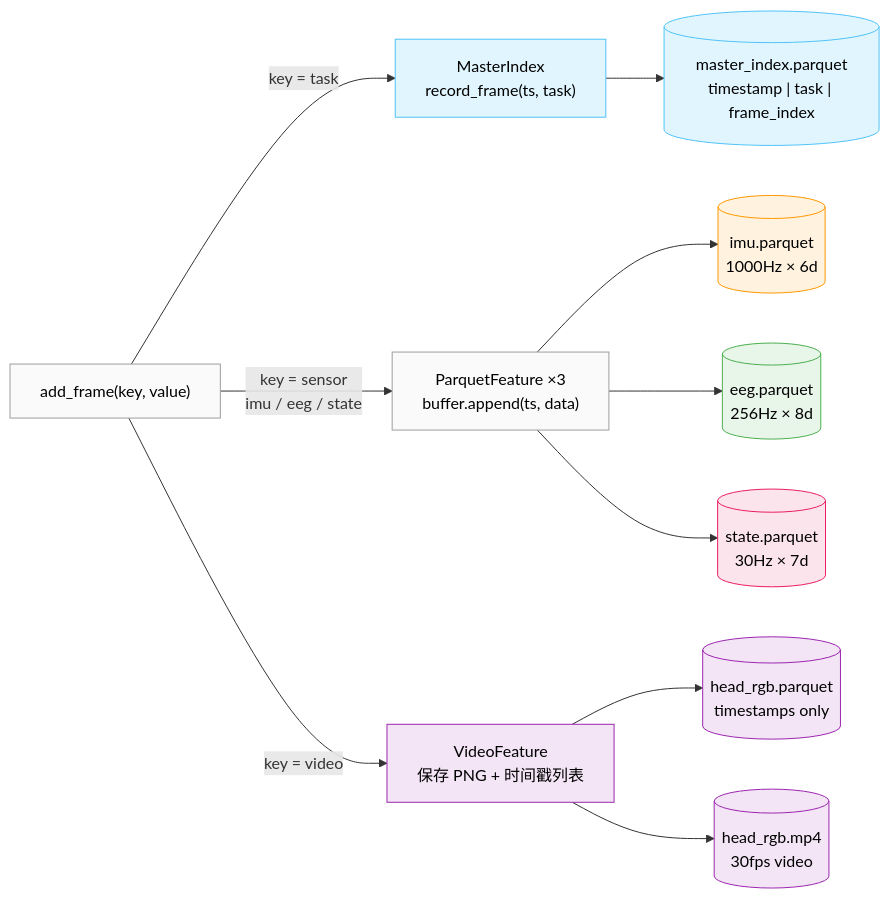
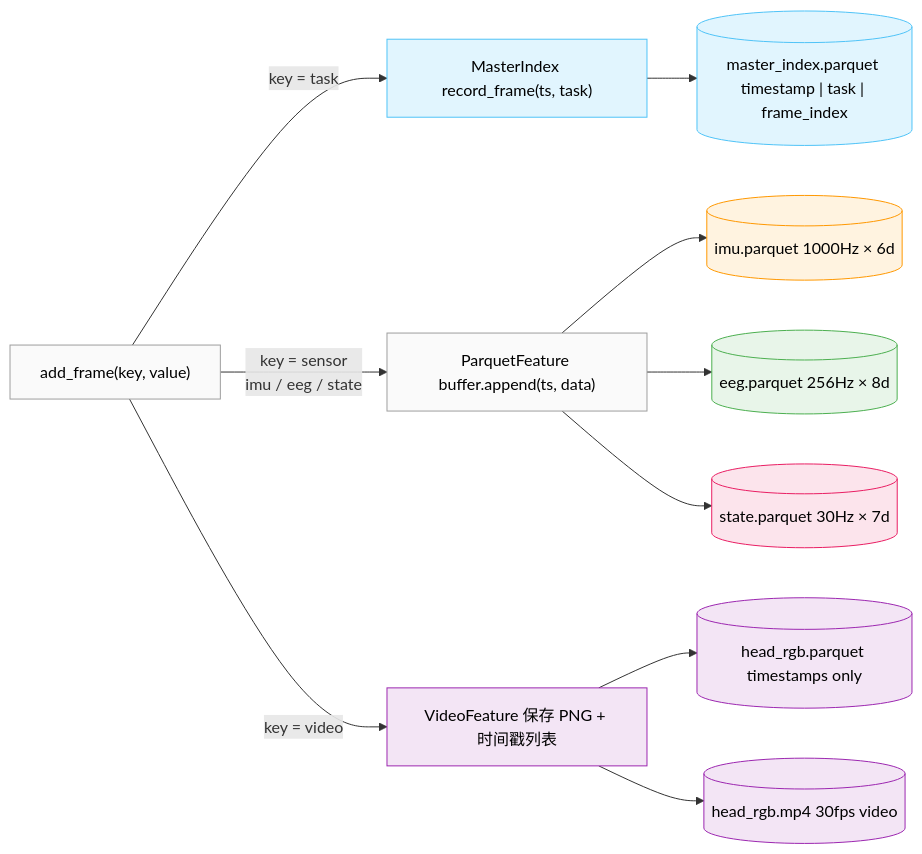
One commit to Koorye/Multi-Frequency-LeRobot changed the first of 6 diagrams in README.md. Above: the diagram before and after it, drawn with Mermaid.

````diff
--- a/README.md
+++ b/README.md
@@ -53,37 +53,37 @@
 ```mermaid
 flowchart LR
         direction TB
         AF["add_frame(key, value)"]
-        IX["MasterIndex<br/>record_frame(ts, task)"]
-        PF["ParquetFeature ×3<br/>buffer.append(ts, data)"]
-        VF["VideoFeature<br/>保存 PNG + 时间戳列表"]
+        IX["MasterIndex record_frame(ts, task)"]
+        PF["ParquetFeature buffer.append(ts, data)"]
+        VF["VideoFeature 保存 PNG + 时间戳列表"]
 
         direction TB
-        MI[("master_index.parquet<br/>timestamp | task | frame_index")]
-        P1[("imu.parquet<br/>1000Hz × 6d")]
-        P2[("eeg.parquet<br/>256Hz × 8d")]
-        P3[("state.parquet<br/>30Hz × 7d")]
-        C1[("head_rgb.parquet<br/>timestamps only")]
-        V1[("head_rgb.mp4<br/>30fps video")]
+        MI[("master_index.parquet timestamp | task | frame_index")]
+        P1[("imu.parquet 1000Hz × 6d")]
+        P2[("eeg.parquet 256Hz × 8d")]
+        P3[("state.parquet 30Hz × 7d")]
+        C1[("head_rgb.parquet timestamps only")]
+        V1[("head_rgb.mp4 30fps video")]
 
     AF -->|"key = task"| IX
     AF -->|"key = sensor<br/>imu / eeg / state"| PF
     AF -->|"key = video"| VF
     IX --> MI
     PF --> P1
     PF --> P2
     PF --> P3
     VF --> C1
     VF --> V1
 
     style AF fill:#fafafa,stroke:#9e9e9e,color:#000
     style IX fill:#e1f5fe,stroke:#4fc3f7,color:#000
     style PF fill:#fafafa,stroke:#9e9e9e,color:#000
     style VF fill:#f3e5f5,stroke:#9c27b0,color:#000
     style MI fill:#e1f5fe,stroke:#4fc3f7,color:#000
     style P1 fill:#fff3e0,stroke:#ff9800,color:#000
     style P2 fill:#e8f5e9,stroke:#4caf50,color:#000
     style P3 fill:#fce4ec,stroke:#e91e63,color:#000
     style C1 fill:#f3e5f5,stroke:#9c27b0,color:#000
     style V1 fill:#f3e5f5,stroke:#9c27b0,color:#000
 ```
````
